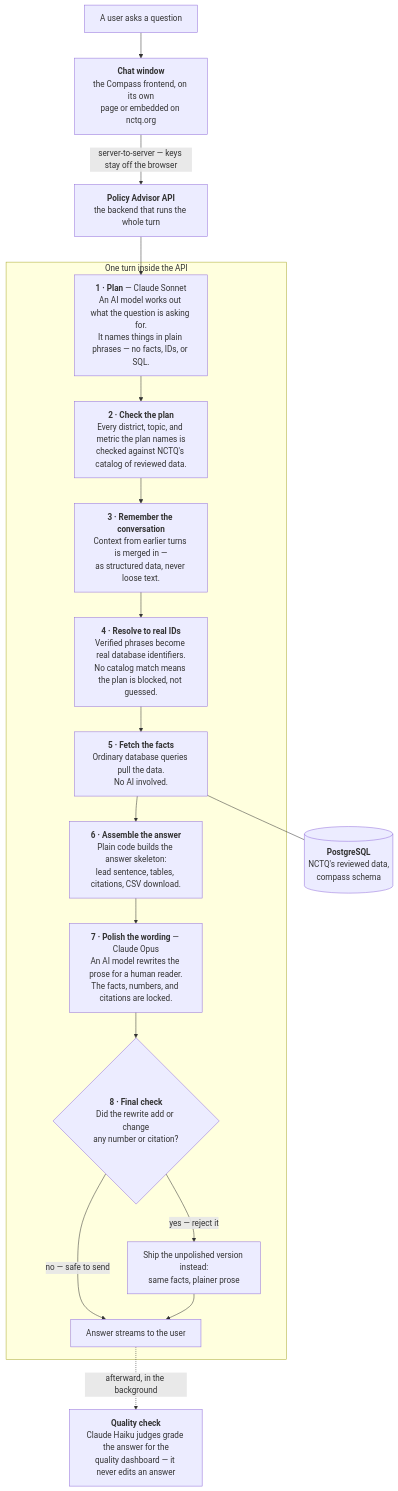
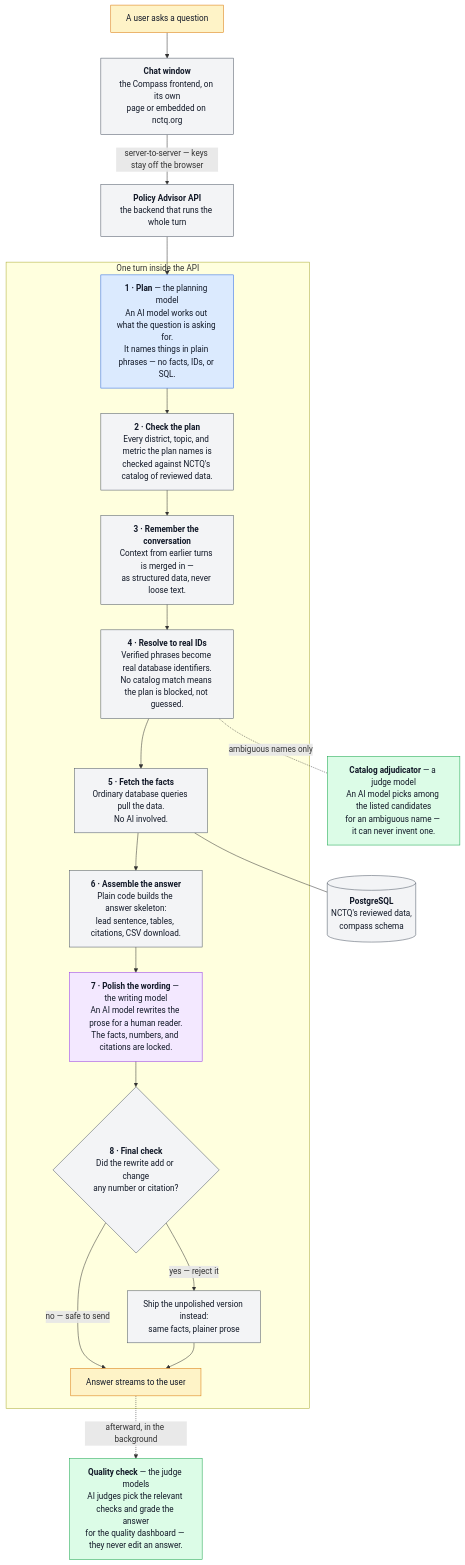
One commit to Starling-Strategy/compass changed the diagram in docs/02-product-and-answer-flow.md. Above: the diagram before and after it, drawn with Mermaid. The commit also changed other lines of this file, not shown here.

First line of the commit message:
docs: §2 names model roles, not models; adds 'Which model does what'

````diff
--- a/docs/02-product-and-answer-flow.md
+++ b/docs/02-product-and-answer-flow.md
@@ -33,48 +36,62 @@
 ```mermaid
 flowchart TD
     U["A user asks a question"] --> FE["`**Chat window**
 the Compass frontend, on its own
 page or embedded on nctq.org`"]
     FE -->|"server-to-server — keys stay off the browser"| API["`**Policy Advisor API**
 the backend that runs the whole turn`"]
 
     subgraph API_TURN ["One turn inside the API"]
-        P["`**1 · Plan** — Claude Sonnet
+        P["`**1 · Plan** — the planning model
 An AI model works out what the question is asking for.
 It names things in plain phrases — no facts, IDs, or SQL.`"]
         V["`**2 · Check the plan**
 Every district, topic, and metric the plan names is
 checked against NCTQ's catalog of reviewed data.`"]
         M["`**3 · Remember the conversation**
 Context from earlier turns is merged in —
 as structured data, never loose text.`"]
         R["`**4 · Resolve to real IDs**
 Verified phrases become real database identifiers.
 No catalog match means the plan is blocked, not guessed.`"]
         X["`**5 · Fetch the facts**
 Ordinary database queries pull the data.
 No AI involved.`"]
         RD["`**6 · Assemble the answer**
 Plain code builds the answer skeleton:
 lead sentence, tables, citations, CSV download.`"]
-        S["`**7 · Polish the wording** — Claude Opus
+        S["`**7 · Polish the wording** — the writing model
 An AI model rewrites the prose for a human reader.
 The facts, numbers, and citations are locked.`"]
         G{"`**8 · Final check**
 Did the rewrite add or change
 any number or citation?`"}
         P --> V --> M --> R --> X --> RD --> S --> G
         G -->|"no — safe to send"| OUT["Answer streams to the user"]
         G -->|"yes — reject it"| FB["`Ship the unpolished version instead:
 same facts, plainer prose`"]
         FB --> OUT
     end
 
     API --> P
+    R -.-|"ambiguous names only"| ADJ["`**Catalog adjudicator** — a judge model
+An AI model picks among the listed candidates
+for an ambiguous name — it can never invent one.`"]
     X --- DB[("`**PostgreSQL**
 NCTQ's reviewed data,
 compass schema`")]
-    OUT -.->|"afterward, in the background"| Q["`**Quality check**
-Claude Haiku judges grade the answer for the
-quality dashboard — it never edits an answer`"]
+    OUT -.->|"afterward, in the background"| Q["`**Quality check** — the judge models
+AI judges pick the relevant checks and grade the answer
+for the quality dashboard — they never edit an answer.`"]
+
+    classDef planning fill:#dbeafe,stroke:#2563eb,color:#111827
+    classDef writing fill:#f3e8ff,stroke:#9333ea,color:#111827
+    classDef judging fill:#dcfce7,stroke:#16a34a,color:#111827
+    classDef code fill:#f3f4f6,stroke:#4b5563,color:#111827
+    classDef endpoint fill:#fef3c7,stroke:#d97706,color:#111827
+    class P planning
+    class S writing
+    class ADJ,Q judging
+    class FE,API,V,M,R,X,RD,G,FB,DB code
+    class U,OUT endpoint
 ```
````
